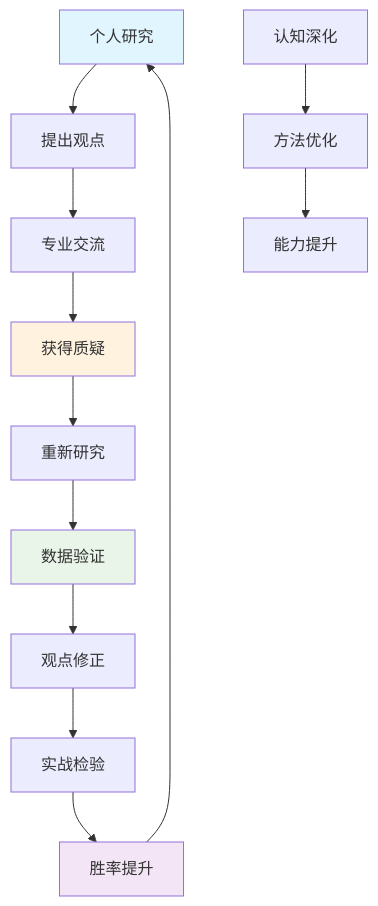
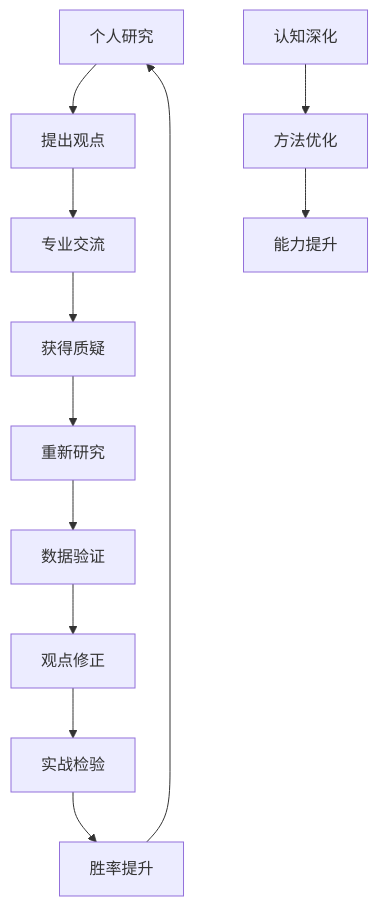
One commit to fangkun119/tech-page changed diagram 14 of 52 in _posts/2025-11-08-book-01-feynman-approach.md. Above: the diagram before and after it, drawn with Mermaid. The commit also changed other lines of this file and 1 other file, not shown here.

Commit message:
feat: adjust diagram color

````diff
--- a/_posts/2025-11-08-book-01-feynman-approach.md
+++ b/_posts/2025-11-08-book-01-feynman-approach.md
@@ -1477,19 +1416,14 @@
 ```mermaid
 graph TD
     A[个人研究] --> B[提出观点]
     B --> C[专业交流]
     C --> D[获得质疑]
     D --> E[重新研究]
     E --> F[数据验证]
     F --> G[观点修正]
     G --> H[实战检验]
     H --> I[胜率提升]
     I --> A
 
     J[认知深化] --> K[方法优化] --> L[能力提升]
-
-    style A fill:#e1f5fe
-    style D fill:#fff3e0
-    style F fill:#e8f5e8
-    style I fill:#f3e5f5
 ```
````
